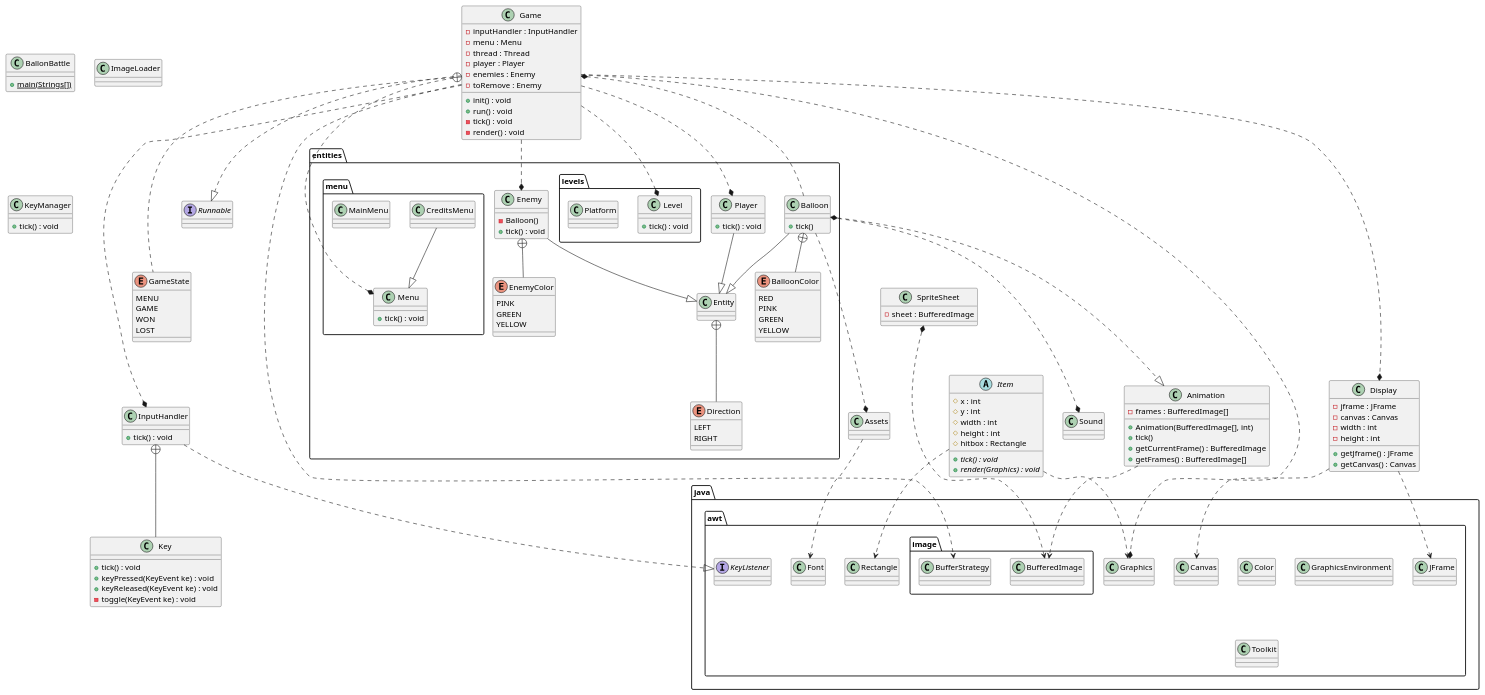
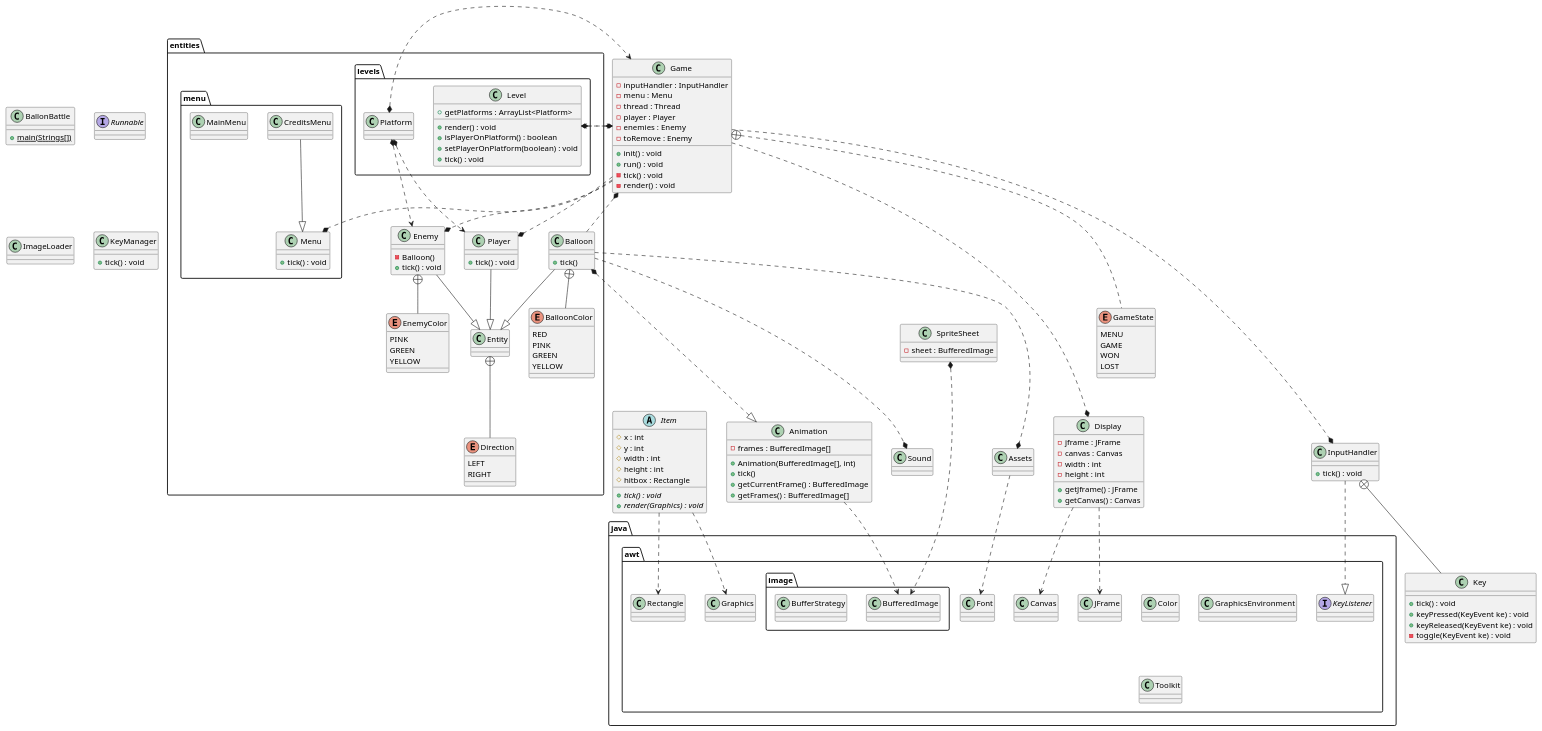
One commit to carl-stewart/balloon-battle changed the diagram in doc/1-UML.puml. Above: the diagram before and after it, drawn with PlantUML.

Commit message:
updated uml

```diff
--- a/doc/1-UML.puml
+++ b/doc/1-UML.puml
@@ -55,7 +55,6 @@
 
 }
 
-InputHandler +-- Key
 class Key {
 +tick() : void
 +keyPressed(KeyEvent ke) : void
@@ -74,11 +73,11 @@
     {abstract} + tick() : void
     {abstract} + render(Graphics) : void
 }
+
 package java.awt {
     interface KeyListener {}
 }
 
-InputHandler ..|> KeyListener
 
 class KeyManager {
 + tick() : void
@@ -103,15 +102,7 @@
         GREEN
         YELLOW
     }
-    Balloon +-- BalloonColor
-    Balloon --|> Entity
 
-    Enemy --|> Entity
-    Player --|> Entity
-    Balloon *...|> Animation
-    Balloon ...* Assets
-    Balloon ...* Game
-    Balloon ...* Sound
 
     class Enemy {
         - Balloon()
@@ -123,7 +114,6 @@
         GREEN
         YELLOW
     }
-    Enemy +-- EnemyColor
 
     class Entity {}
 
@@ -141,6 +131,10 @@
 
     package levels {
         class Level {
+        + render() : void
+        + getPlatforms : ArrayList<Platform>
+        + isPlayerOnPlatform() : boolean
+        + setPlayerOnPlatform(boolean) : void
         + tick() : void
         }
         class Platform {}
@@ -152,7 +146,6 @@
         class Menu {
         +tick() : void
         }
-        CreditsMenu --|> Menu
     }
 
 package java.awt {
@@ -173,6 +166,16 @@
     }
 }
 
+Balloon +-- BalloonColor
+Balloon --|> Entity
+
+Enemy --|> Entity
+Player --|> Entity
+Balloon *...|> Animation
+Balloon ...* Assets
+Balloon ...* Game
+Balloon ...* Sound
+
 Display ..> JFrame
 Display ..> Canvas
 
@@ -180,19 +183,27 @@
 
 Item ..> Rectangle
 Item ..> Graphics
+InputHandler +-- Key
 
 Entity +-- Direction
+    Enemy +-- EnemyColor
+
 Game ..* Enemy
 Game ..* Player
-Game ..* Graphics
 Game ..* Display
-Game ..* Level
 Game ...* Menu
 Game ..* InputHandler
 Game +... GameState
-Game ..|> Runnable
-Game ..> BufferStrategy
 
+
+Game *..> Level
+Level *..> Game
+Platform *..> Game
+Platform *..> Player
+Platform *..> Enemy
+
+InputHandler ..|> KeyListener
+        CreditsMenu --|> Menu
 
 
 Animation ..> BufferedImage
```
